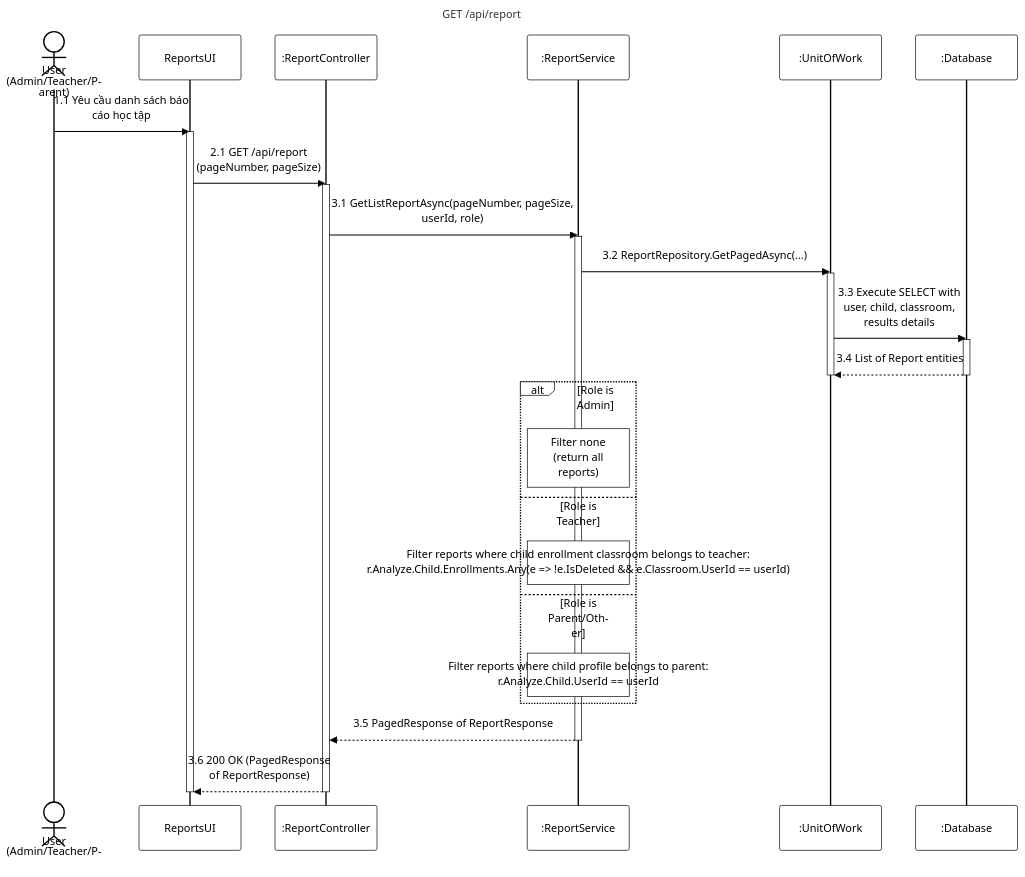
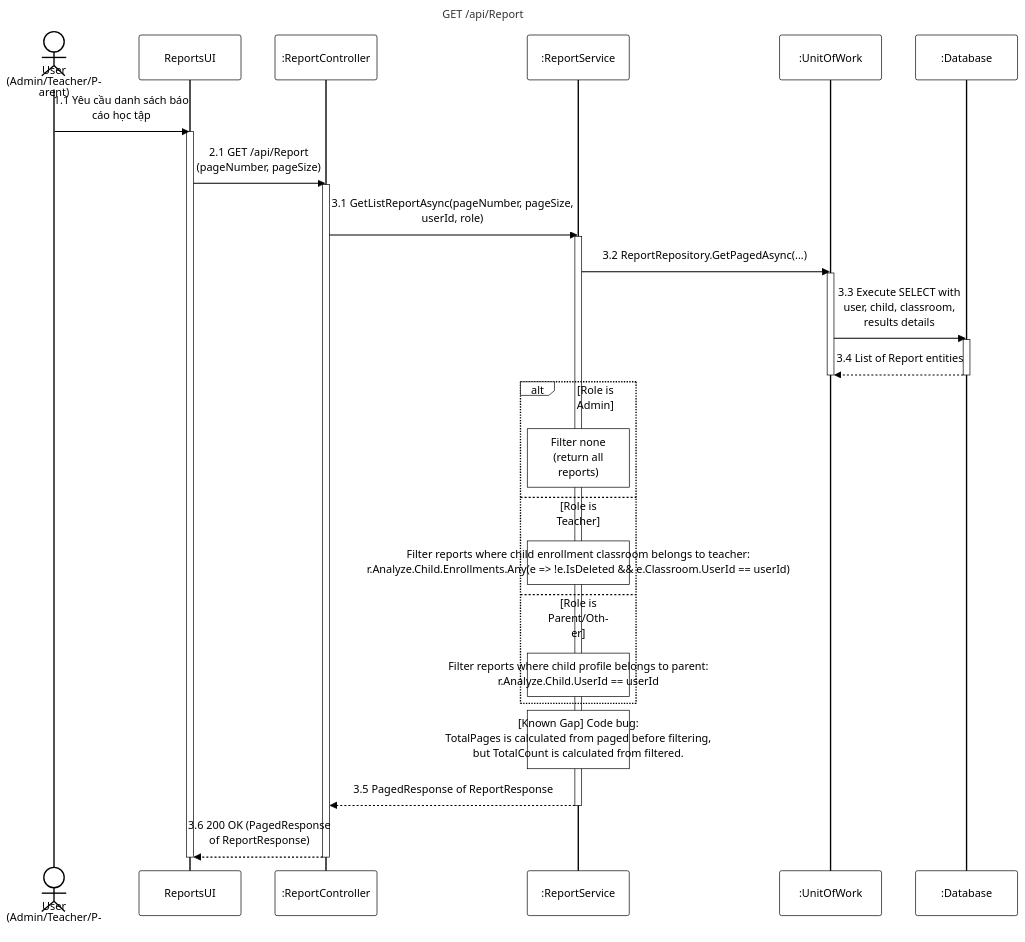
Before and after one commit to PhucAnDev/docx-diagram: the diagram in 08-reports-system-settings/sequence-diagram/apis/get-list-reports.mmd, drawn with Mermaid. The commit also changed 3 other files, not shown here.

Commit message:
fix: update create-report.mmd and get-list-reports.mmd with correct route casing, validation checks, error/success messages, a warning note, and activations

```diff
--- a/08-reports-system-settings/sequence-diagram/apis/get-list-reports.mmd
+++ b/08-reports-system-settings/sequence-diagram/apis/get-list-reports.mmd
@@ -1,39 +1,41 @@
 %%{init: {'theme':'base', 'themeVariables': {'actorBkg':'#ffffff','actorBorder':'#000000','actorTextColor':'#000000','actorLineColor':'#000000','signalColor':'#000000','signalTextColor':'#000000','labelBoxBkgColor':'#ffffff','labelBoxBorderColor':'#000000','labelTextColor':'#000000','loopTextColor':'#000000','noteBkgColor':'#ffffff','noteBorderColor':'#000000','noteTextColor':'#000000','activationBorderColor':'#000000','activationBkgColor':'#ffffff','sequenceNumberColor':'#000000'}, 'sequence': {'width':150,'height':65,'actorFontSize':16,'messageFontSize':16,'wrap':true,'wrapPadding':10}}}%%
 sequenceDiagram
-    title GET /api/report
+    title GET /api/Report
     actor User as User (Admin/Teacher/Parent)
     participant UI as ReportsUI
     participant Endpoint as :ReportController
     participant Service as :ReportService
     participant DB as :UnitOfWork
     participant Database as :Database
 
     User->>UI: 1.1 Yêu cầu danh sách báo cáo học tập
     activate UI
-    UI->>Endpoint: 2.1 GET /api/report (pageNumber, pageSize)
+    UI->>Endpoint: 2.1 GET /api/Report (pageNumber, pageSize)
     activate Endpoint
 
     Endpoint->>Service: 3.1 GetListReportAsync(pageNumber, pageSize, userId, role)
     activate Service
 
     Service->>DB: 3.2 ReportRepository.GetPagedAsync(...)
     activate DB
     DB->>Database: 3.3 Execute SELECT with user, child, classroom, results details
     activate Database
     Database-->>DB: 3.4 List of Report entities
     deactivate Database
     deactivate DB
 
     alt Role is Admin
         note over Service: Filter none (return all reports)
     else Role is Teacher
         note over Service: Filter reports where child enrollment classroom belongs to teacher:<br/>r.Analyze.Child.Enrollments.Any(e => !e.IsDeleted && e.Classroom.UserId == userId)
     else Role is Parent/Other
         note over Service: Filter reports where child profile belongs to parent:<br/>r.Analyze.Child.UserId == userId
     end
 
+    note over Service: [Known Gap] Code bug:<br/>TotalPages is calculated from paged before filtering,<br/>but TotalCount is calculated from filtered.
+
     Service-->>Endpoint: 3.5 PagedResponse of ReportResponse
     deactivate Service
     Endpoint-->>UI: 3.6 200 OK (PagedResponse of ReportResponse)
     deactivate Endpoint
     deactivate UI
```
